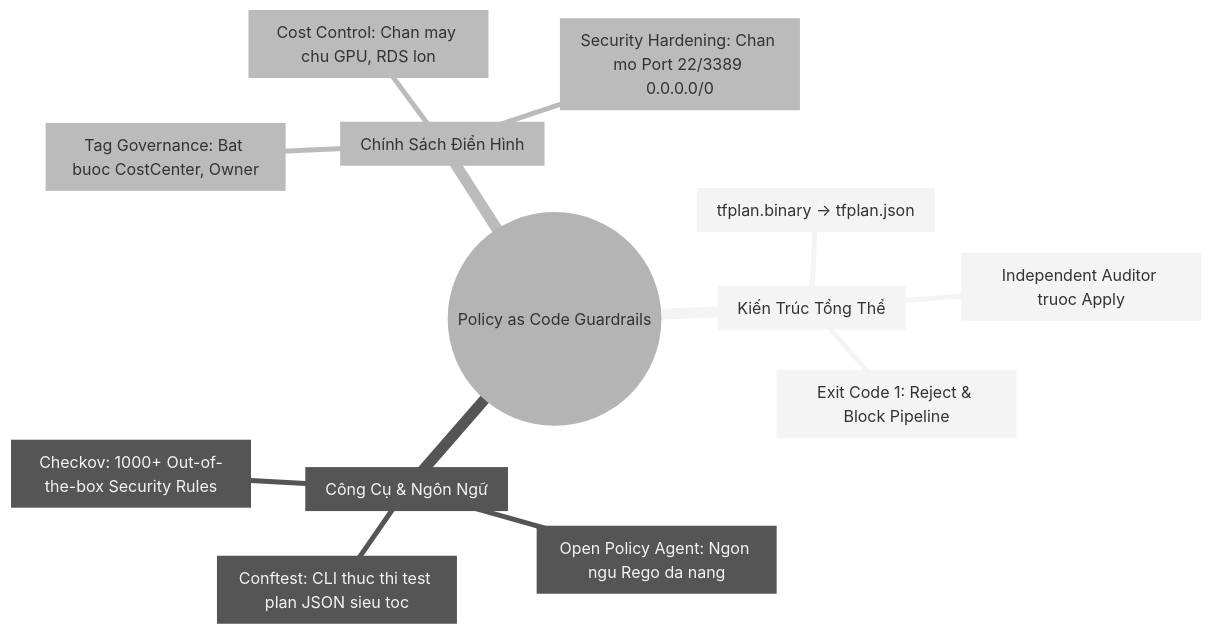
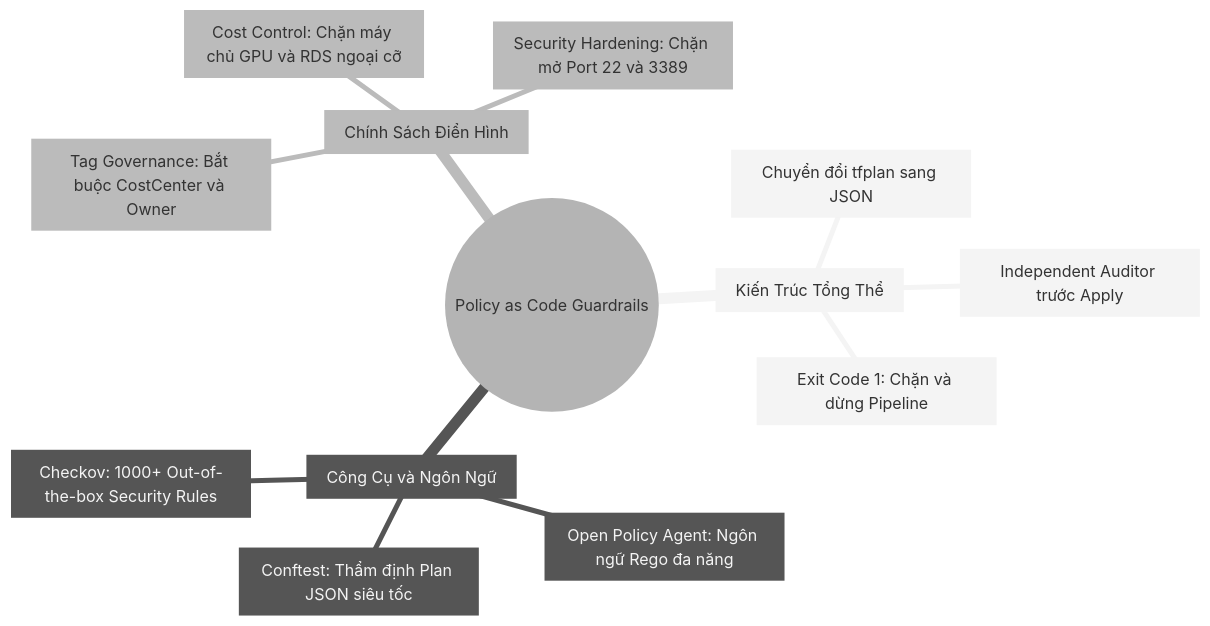
The fifth of 5 diagrams in _posts/2026-09-13-terraform-22-22-quan-tri-chinh-sach-policy-as-code-opa-rego-conftest-va-checkov.md (kiennt308/ntk), drawn with Mermaid (neutral theme) before and after one commit. The commit also changed 3 other files, not shown here.

Commit message:
fix(mermaid): enhance mindmap styling, high-contrast typography, and lightbox zoom compatibility

````diff
--- a/_posts/2026-09-13-terraform-22-22-quan-tri-chinh-sach-policy-as-code-opa-rego-conftest-va-checkov.md
+++ b/_posts/2026-09-13-terraform-22-22-quan-tri-chinh-sach-policy-as-code-opa-rego-conftest-va-checkov.md
@@ -638,18 +638,16 @@
 ```mermaid
 mindmap
   root((Policy as Code Guardrails))
     ["Kiến Trúc Tổng Thể"]
-      ["tfplan.binary -&gt; tfplan.json"]
-      ["Independent Auditor truoc Apply"]
-      ["Exit Code 1: Reject & Block Pipeline"]
-    ["Công Cụ & Ngôn Ngữ"]
-      ["Open Policy Agent: Ngon ngu Rego da nang"]
-      ["Conftest: CLI thuc thi test plan JSON sieu toc"]
+      ["Chuyển đổi tfplan sang JSON"]
+      ["Independent Auditor trước Apply"]
+      ["Exit Code 1: Chặn và dừng Pipeline"]
+    ["Công Cụ và Ngôn Ngữ"]
+      ["Open Policy Agent: Ngôn ngữ Rego đa năng"]
+      ["Conftest: Thẩm định Plan JSON siêu tốc"]
       ["Checkov: 1000+ Out-of-the-box Security Rules"]
     ["Chính Sách Điển Hình"]
-      ["Tag Governance: Bat buoc CostCenter, Owner"]
-      ["Cost Control: Chan may chu GPU, RDS lon"]
-      ["Security Hardening: Chan mo Port 22/3389 0.0.0.0/0"]
-
-
+      ["Tag Governance: Bắt buộc CostCenter và Owner"]
+      ["Cost Control: Chặn máy chủ GPU và RDS ngoại cỡ"]
+      ["Security Hardening: Chặn mở Port 22 và 3389"]
 ```
````
